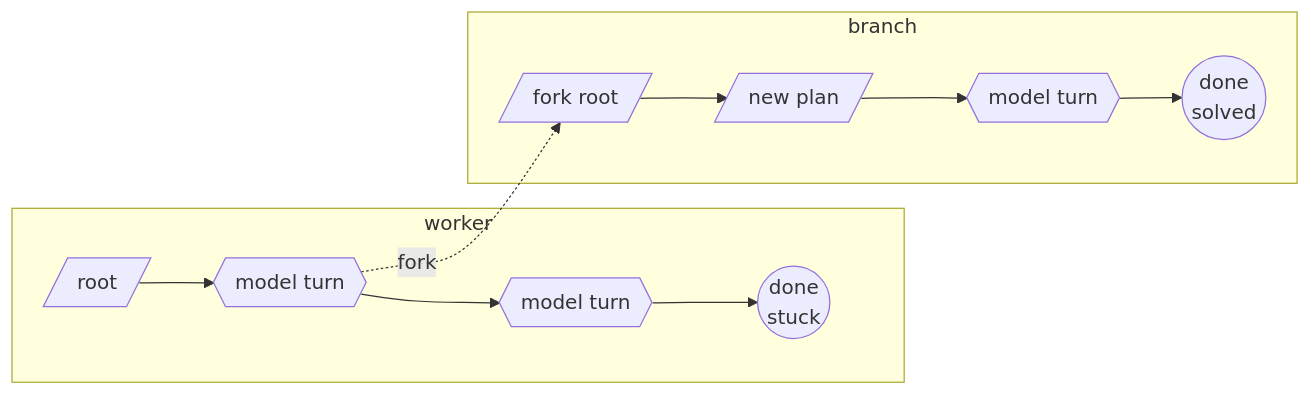
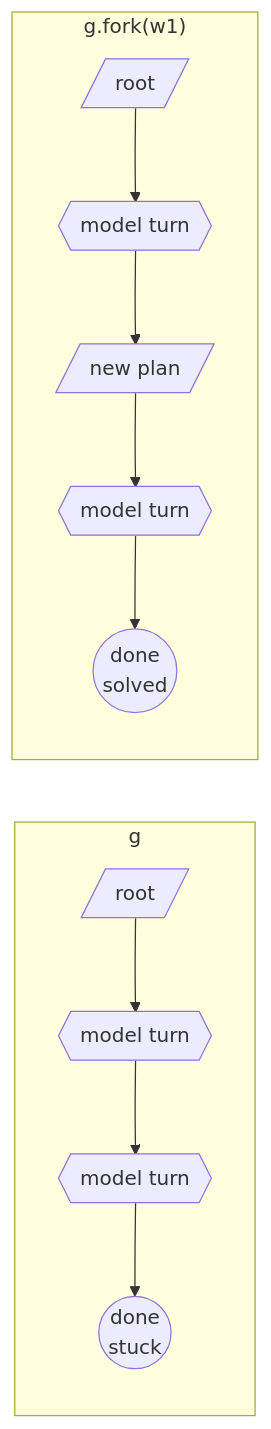
Before and after one commit to shyamsn97/rlmflow: the fifth of 5 diagrams in README.md, drawn with Mermaid. The commit also changed other lines of this file and 129 other files, not shown here.

````diff
--- a/README.md
+++ b/README.md
@@ -335,10 +425,9 @@
 ```mermaid
 flowchart LR
-  subgraph worker
+  subgraph run["g"]
     w0[/root/] --> w1{{model turn}} --> w2{{model turn}} --> w3(("done<br/>stuck"))
   end
-  subgraph fork["branch"]
-    f0[/"fork root"/] --> f1[/"new plan"/] --> f2{{model turn}} --> f3(("done<br/>solved"))
+  subgraph copy["g.fork(w1)"]
+    f0[/root/] --> f1{{model turn}} --> f2[/"new plan"/] --> f3{{model turn}} --> f4(("done<br/>solved"))
   end
-  w1 -. fork .-> f0
 ```
````
